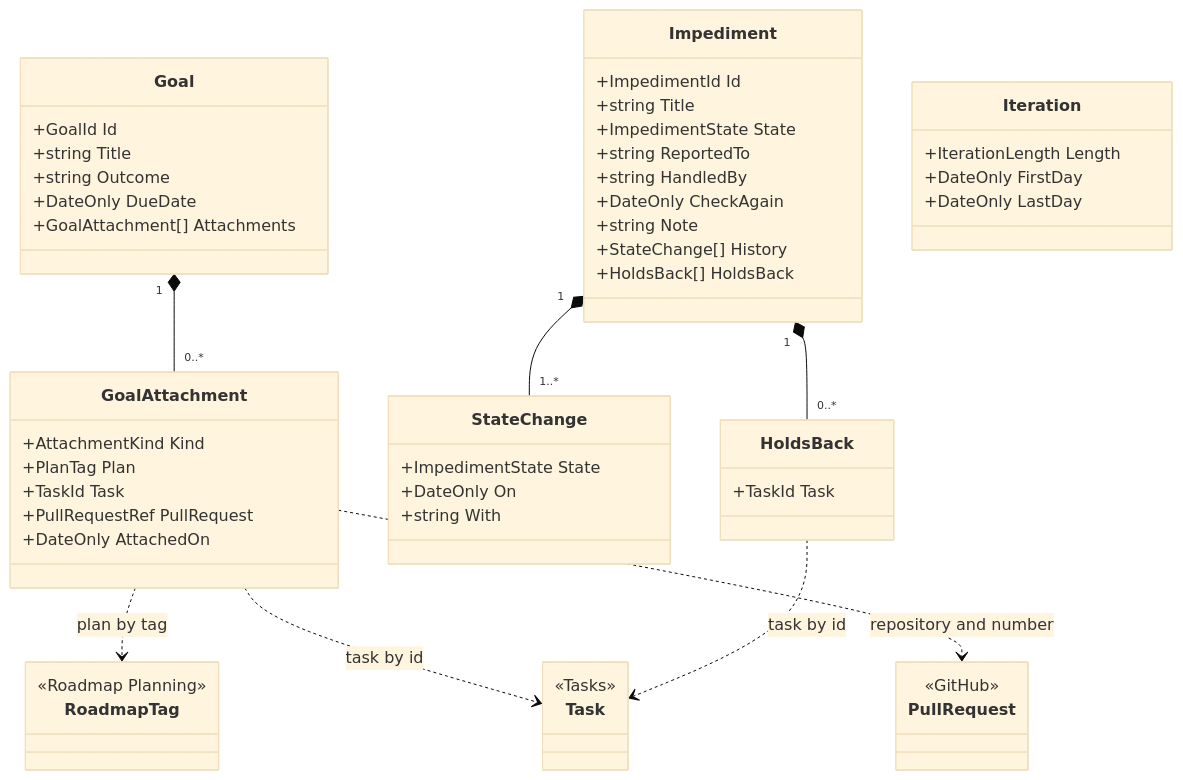
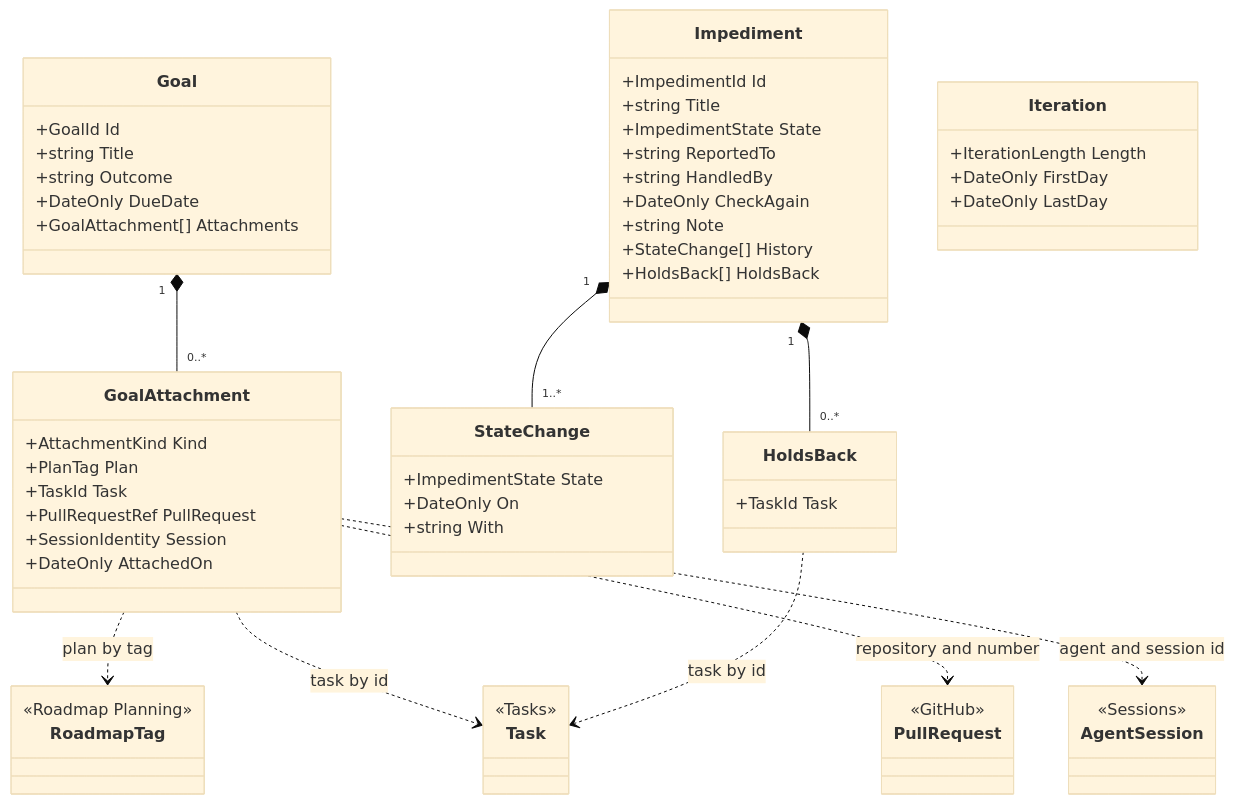
Before and after one commit to JSdotNet/Backlog: the diagram in .devbook/domain/progress/model.md, drawn with Mermaid (base theme). The commit also changed other lines of this file and 11 other files, not shown here.

First line of the commit message:
docs(devbook): a session attaches to a goal as its own item (ADR 0037)

````diff
--- a/.devbook/domain/progress/model.md
+++ b/.devbook/domain/progress/model.md
@@ -16,64 +16,69 @@
 ```mermaid
 classDiagram
     class Goal {
         +GoalId Id
         +string Title
         +string Outcome
         +DateOnly DueDate
         +GoalAttachment[] Attachments
     }
 
     class GoalAttachment {
         +AttachmentKind Kind
         +PlanTag Plan
         +TaskId Task
         +PullRequestRef PullRequest
+        +SessionIdentity Session
         +DateOnly AttachedOn
     }
 
     class Impediment {
         +ImpedimentId Id
         +string Title
         +ImpedimentState State
         +string ReportedTo
         +string HandledBy
         +DateOnly CheckAgain
         +string Note
         +StateChange[] History
         +HoldsBack[] HoldsBack
     }
 
     class StateChange {
         +ImpedimentState State
         +DateOnly On
         +string With
     }
 
     class HoldsBack {
         +TaskId Task
     }
 
     class Iteration {
         +IterationLength Length
         +DateOnly FirstDay
         +DateOnly LastDay
     }
 
     class Task {
         <<Tasks>>
     }
     class RoadmapTag {
         <<Roadmap Planning>>
     }
     class PullRequest {
         <<GitHub>>
     }
+    class AgentSession {
+        <<Sessions>>
+    }
 
     Goal "1" *-- "0..*" GoalAttachment
     Impediment "1" *-- "1..*" StateChange
     Impediment "1" *-- "0..*" HoldsBack
     GoalAttachment ..> RoadmapTag : plan by tag
     GoalAttachment ..> Task : task by id
     GoalAttachment ..> PullRequest : repository and number
+    GoalAttachment ..> AgentSession : agent and session id
     HoldsBack ..> Task : task by id
 ```
````
